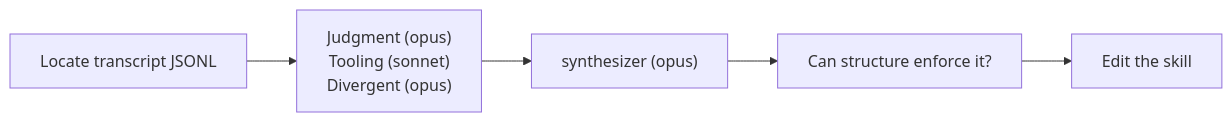
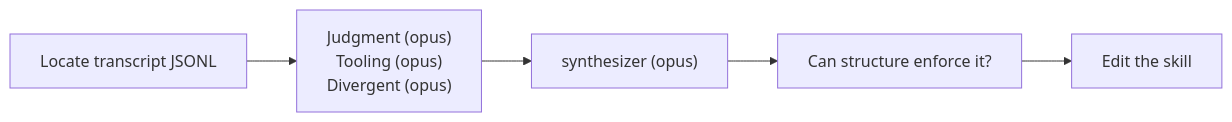
One commit to souljazzfunk/lab changed the ninth of 12 diagrams in pstack-cc/docs/skill-map.en.md. Above: the diagram before and after it, drawn with Mermaid. The commit also changed other lines of this file and 116 other files, not shown here.

````diff
--- a/pstack-cc/docs/skill-map.en.md
+++ b/pstack-cc/docs/skill-map.en.md
@@ -179,7 +171,7 @@
 ```mermaid
 flowchart LR
-  A[Locate transcript JSONL] --> B["Judgment (opus)<br/>Tooling (sonnet)<br/>Divergent (opus)"]
+  A[Locate transcript JSONL] --> B["Judgment (opus)<br/>Tooling (opus)<br/>Divergent (opus)"]
   B --> C["synthesizer (opus)"]
   C --> D[Can structure enforce it?]
   D --> E[Edit the skill]
 ```
````
